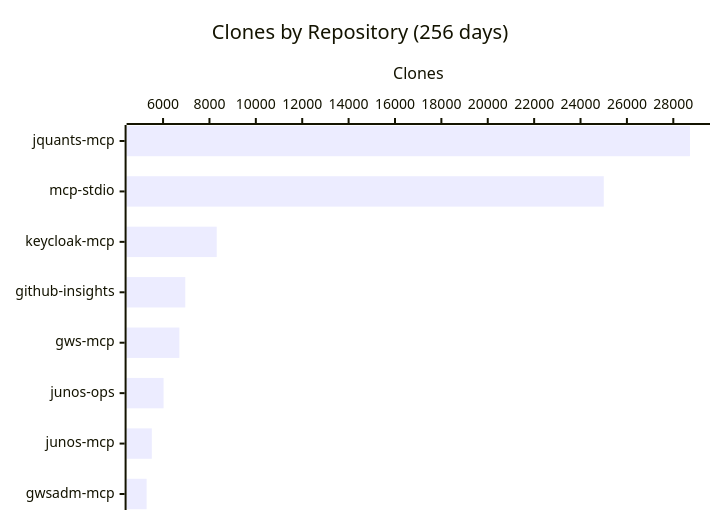
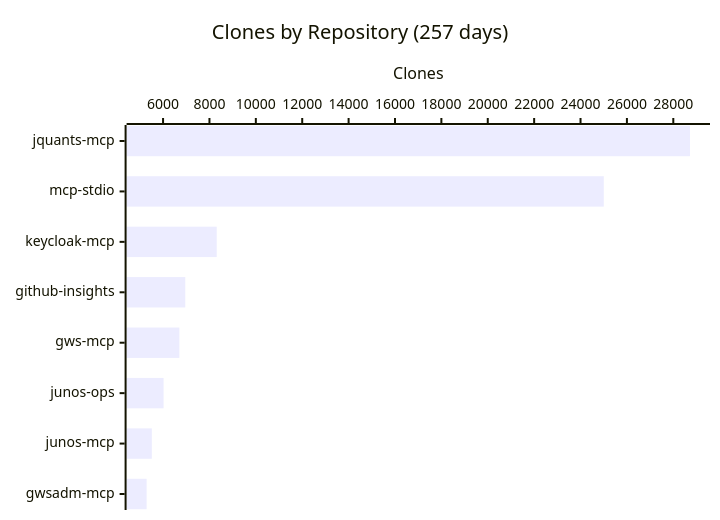
The fourth of 4 diagrams in README.md (shigechika/github-insights), drawn with Mermaid before and after one commit. The commit also changed other lines of this file and 1 other file, not shown here.

````diff
--- a/README.md
+++ b/README.md
@@ -58,7 +58,7 @@
 ```mermaid
 xychart-beta horizontal
-    title "Clones by Repository (256 days)"
+    title "Clones by Repository (257 days)"
     x-axis ["jquants-mcp", "mcp-stdio", "keycloak-mcp", "github-insights", "gws-mcp", "junos-ops", "junos-mcp", "gwsadm-mcp"]
     y-axis "Clones"
     bar [28719, 25003, 8313, 6958, 6703, 6022, 5515, 5291]
 ```
````
